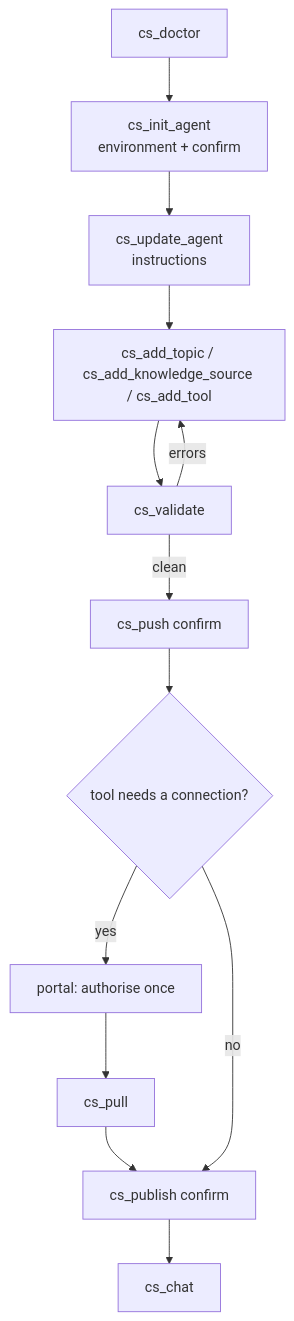
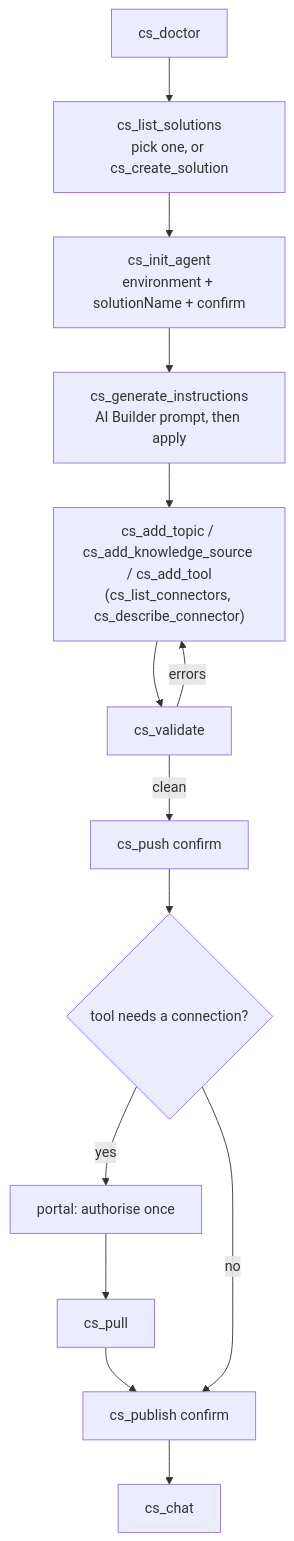
Before and after one commit to jgt87/copilot-studio-mcp: the second of 3 diagrams in README.md, drawn with Mermaid. The commit also changed other lines of this file and 6 other files, not shown here.

First line of the commit message:
Getting started flow: create solution, agent inside a chosen solution, instructions from an AI Builder prompt

````diff
--- a/README.md
+++ b/README.md
@@ -251,13 +296,14 @@
 ```mermaid
 flowchart TD
-    A["cs_doctor"] --> C["cs_init_agent<br/>environment + confirm"]
-    C --> D["cs_update_agent<br/>instructions"]
-    D --> E["cs_add_topic / cs_add_knowledge_source / cs_add_tool"]
+    A["cs_doctor"] --> B["cs_list_solutions<br/>pick one, or cs_create_solution"]
+    B --> C["cs_init_agent<br/>environment + solutionName + confirm"]
+    C --> D["cs_generate_instructions<br/>AI Builder prompt, then apply"]
+    D --> E["cs_add_topic / cs_add_knowledge_source / cs_add_tool<br/>(cs_list_connectors, cs_describe_connector)"]
     E --> H["cs_validate"]
     H -- errors --> E
     H -- clean --> I["cs_push confirm"]
     I --> J{"tool needs a connection?"}
     J -- yes --> J1["portal: authorise once"] --> J2["cs_pull"] --> K
     J -- no --> K["cs_publish confirm"]
     K --> L["cs_chat"]
 ```
````
